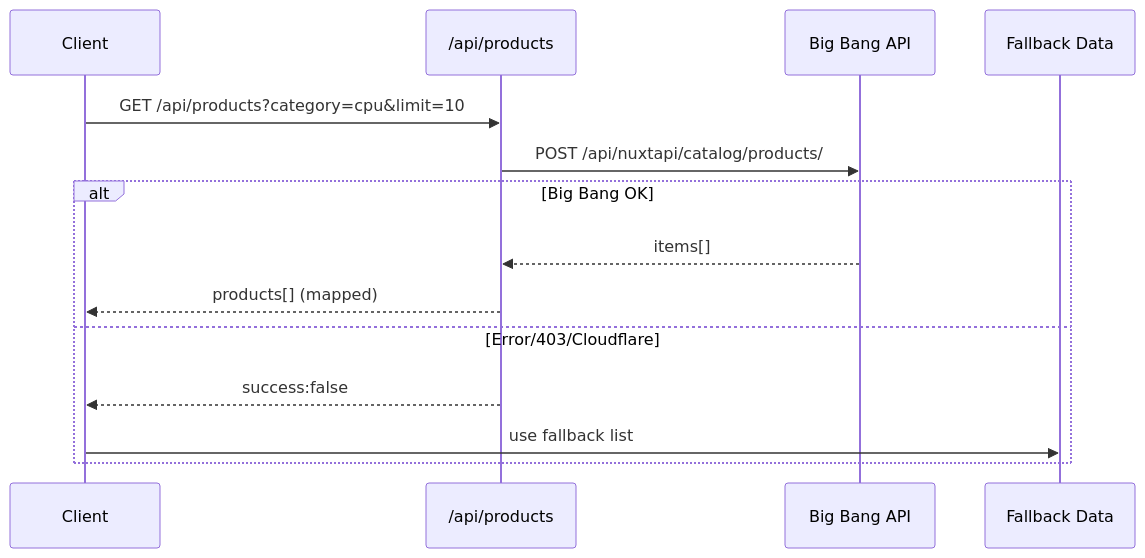
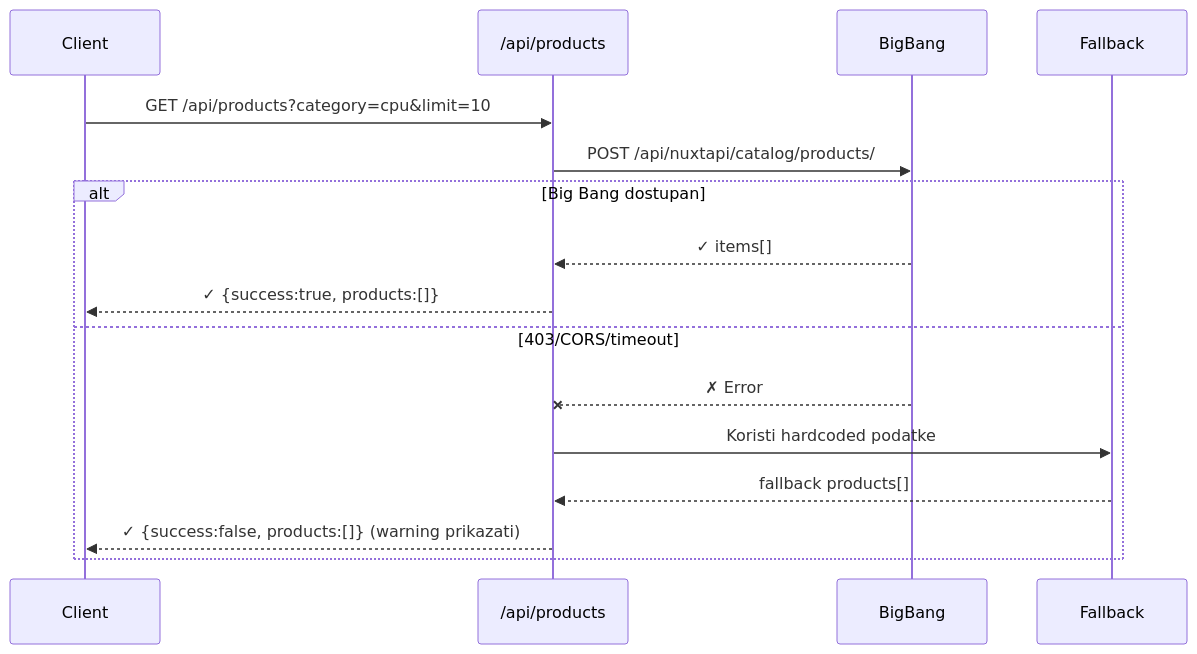
One commit to Cirkquaza/pc-builder changed the second of 4 diagrams in README.md. Above: the diagram before and after it, drawn with Mermaid. The commit also changed other lines of this file and 3 other files, not shown here.

Commit message:
Fix rating upsert logic, improve shop warning for fallback data, update comprehensive README with all features

````diff
--- a/README.md
+++ b/README.md
@@ -52,17 +110,20 @@
 ```mermaid
 sequenceDiagram
-  participant C as Client
-  participant A as /api/products
-  participant B as Big Bang API
-  participant F as Fallback Data
+  participant Client
+  participant API as /api/products
+  participant BigBang
+  participant Fallback
 
-  C->>A: GET /api/products?category=cpu&limit=10
-  A->>B: POST /api/nuxtapi/catalog/products/
-  alt Big Bang OK
-    B-->>A: items[]
-    A-->>C: products[] (mapped)
-  else Error/403/Cloudflare
-    A-->>C: success:false
-    C->>F: use fallback list
+  Client->>API: GET /api/products?category=cpu&limit=10
+  API->>BigBang: POST /api/nuxtapi/catalog/products/
+  
+  alt Big Bang dostupan
+    BigBang-->>API: ✓ items[]
+    API-->>Client: ✓ {success:true, products:[]}
+  else 403/CORS/timeout
+    BigBang--xAPI: ✗ Error
+    API->>Fallback: Koristi hardcoded podatke
+    Fallback-->>API: fallback products[]
+    API-->>Client: ✓ {success:false, products:[]} (warning prikazati)
   end
 ```
````
